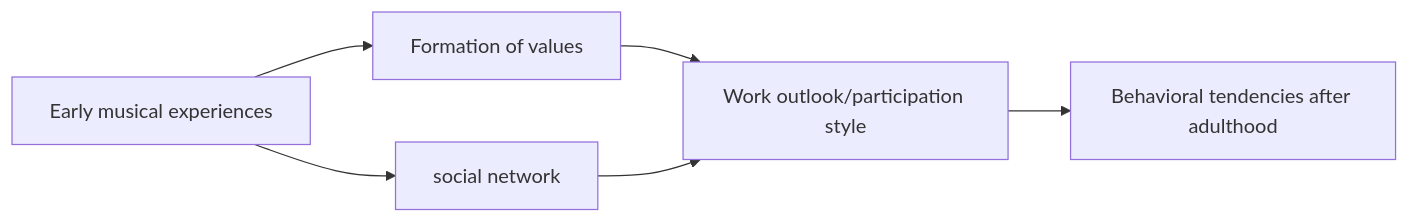
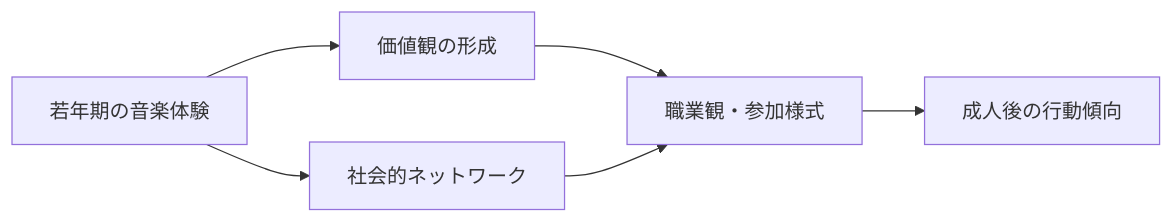
Before and after one commit to monumental-movement/monumental-movement.github.io: the second of 2 diagrams in en/_posts/2026-02-14-column-sociology-youth-culture-generation.md, drawn with Mermaid. The commit also changed other lines of this file and 2196 other files, not shown here.

```diff
--- a/en/_posts/2026-02-14-column-sociology-youth-culture-generation.md
+++ b/en/_posts/2026-02-14-column-sociology-youth-culture-generation.md
@@ -197,8 +197,8 @@
 <div class="mermaid">
 flowchart LR
-A[Early musical experiences] --> B[Formation of values]
-A --> C[social network]
-B --> D[Work outlook/participation style]
+A[若年期の音楽体験] --> B[価値観の形成]
+A --> C[社会的ネットワーク]
+B --> D[職業観・参加様式]
 C --> D
-D --> E[Behavioral tendencies after adulthood]
+D --> E[成人後の行動傾向]
 </div>
```
